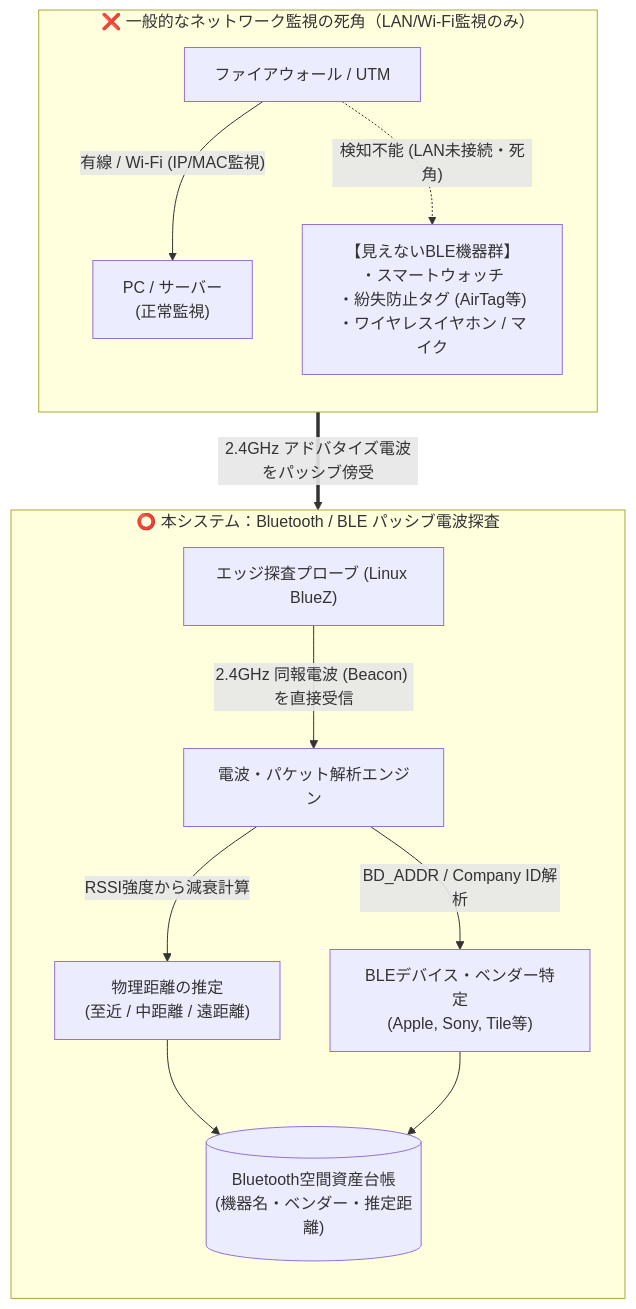
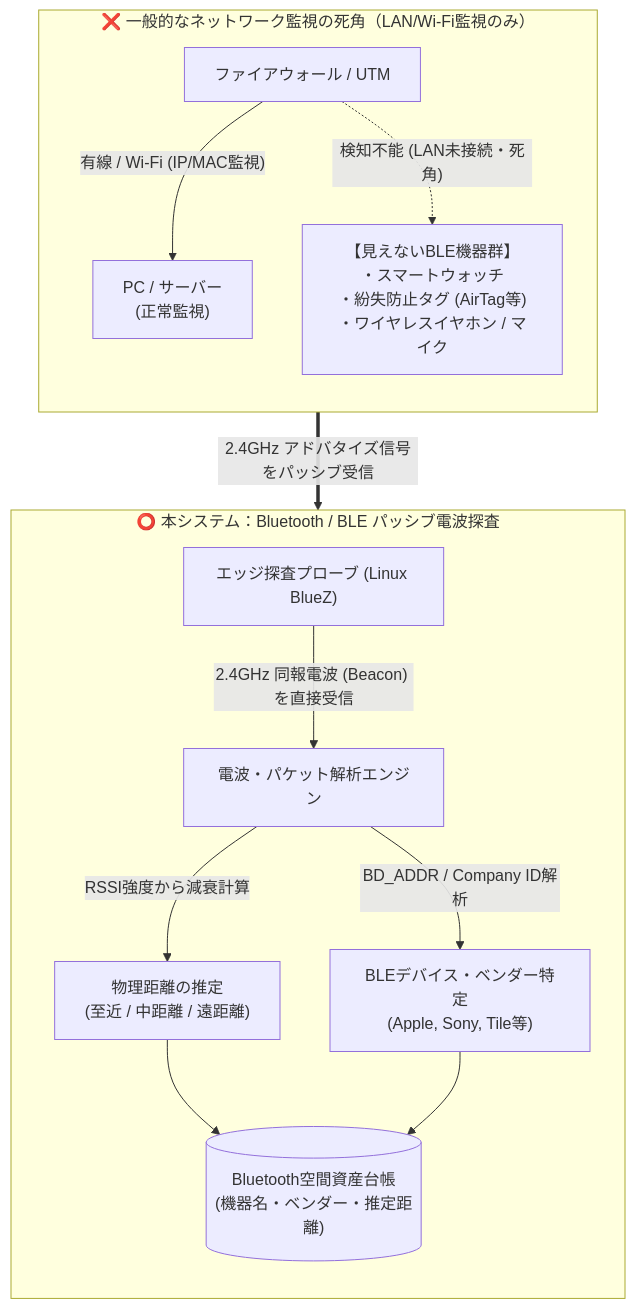
Before and after one commit to ojisantech/ojisan-arsenal: the diagram in QIITA_ARTICLE_DETAIL_5.md, drawn with Mermaid. The commit also changed other lines of this file and 7 other files, not shown here.

````diff
--- a/QIITA_ARTICLE_DETAIL_5.md
+++ b/QIITA_ARTICLE_DETAIL_5.md
@@ -37,21 +37,21 @@
 ```mermaid
 flowchart TD
     subgraph BlindSpot ["❌ 一般的なネットワーク監視の死角（LAN/Wi-Fi監視のみ）"]
         direction TB
         UTM["ファイアウォール / UTM"]
         UTM -->|"有線 / Wi-Fi (IP/MAC監視)"| PC["PC / サーバー<br/>(正常監視)"]
         UTM -.->|"検知不能 (LAN未接続・死角)"| BlindDevices["【見えないBLE機器群】<br/>・スマートウォッチ<br/>・紛失防止タグ (AirTag等)<br/>・ワイヤレスイヤホン / マイク"]
     end
 
-    BlindDevices ==>|"2.4GHz アドバタイズ電波をパッシブ傍受"| Probe
+    BlindDevices ==>|"2.4GHz アドバタイズ信号をパッシブ受信"| Probe
 
     subgraph Visible ["⭕ 本システム：Bluetooth / BLE パッシブ電波探査"]
         direction TB
         Probe["エッジ探査プローブ (Linux BlueZ)"]
         Probe -->|"2.4GHz 同報電波 (Beacon) を直接受信"| Engine["電波・パケット解析エンジン"]
         Engine -->|"RSSI強度から減衰計算"| V1["物理距離の推定<br/>(至近 / 中距離 / 遠距離)"]
         Engine -->|"BD_ADDR / Company ID解析"| V2["BLEデバイス・ベンダー特定<br/>(Apple, Sony, Tile等)"]
         V1 --> Table[("Bluetooth空間資産台帳<br/>(機器名・ベンダー・推定距離)")]
         V2 --> Table
     end
 ```
````
